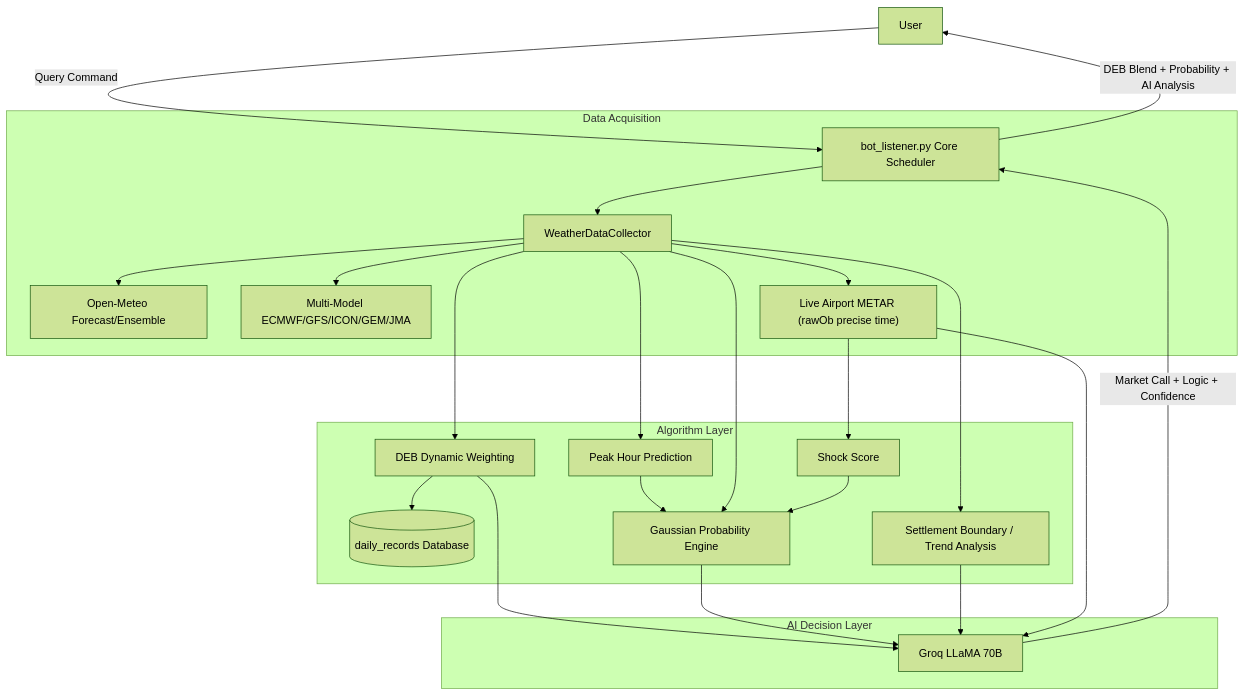
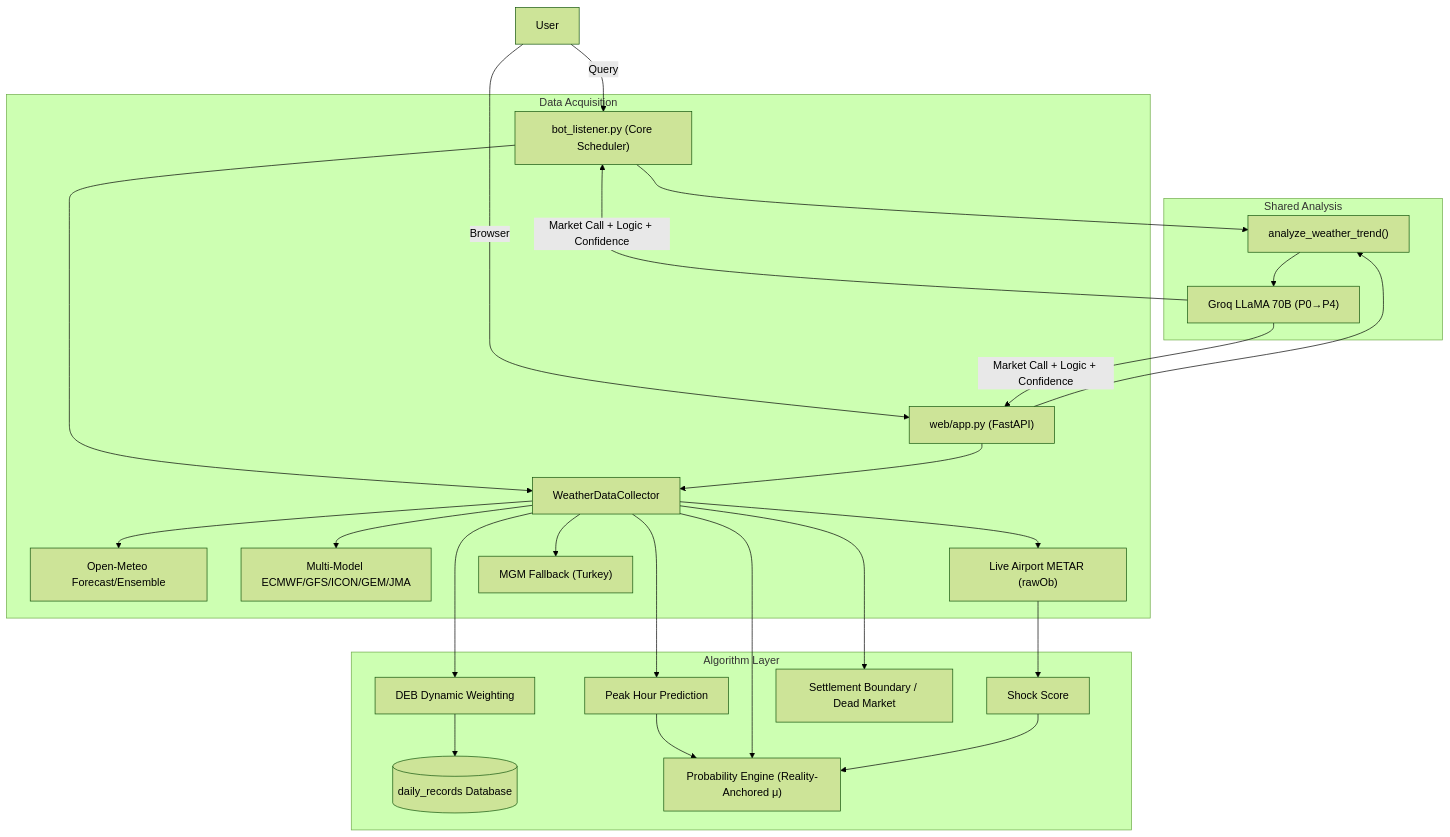
One commit to ivanmladek/PolyWeather changed the diagram in README.md. Above: the diagram before and after it, drawn with Mermaid (forest theme). The commit also changed other lines of this file and 1 other file, not shown here.

Commit message:
docs: full README rewrite reflecting current architecture and capabilities

````diff
--- a/README.md
+++ b/README.md
@@ -149,32 +152,34 @@
 ```mermaid
 graph TD
-    User[User] -->|Query Command| Bot[bot_listener.py Core Scheduler]
+    User[User] -->|Query| Bot["bot_listener.py (Core Scheduler)"]
+    User -->|Browser| Web["web/app.py (FastAPI)"]
 
     subgraph Data Acquisition
         Bot --> Collector[WeatherDataCollector]
+        Web --> Collector
         Collector --> OM[Open-Meteo Forecast/Ensemble]
         Collector --> MM[Multi-Model ECMWF/GFS/ICON/GEM/JMA]
-        Collector --> METAR["Live Airport METAR (rawOb precise time)"]
+        Collector --> METAR["Live Airport METAR (rawOb)"]
+        Collector --> MGM["MGM Fallback (Turkey)"]
     end
 
     subgraph Algorithm Layer
         Collector --> Peak[Peak Hour Prediction]
         Collector --> DEB[DEB Dynamic Weighting]
         DEB --> DB[(daily_records Database)]
-        Peak --> Prob[Gaussian Probability Engine]
+        Peak --> Prob["Probability Engine (Reality-Anchored μ)"]
         Collector --> Prob
         METAR --> Shock[Shock Score]
         Shock --> Prob
-        Collector --> Logic[Settlement Boundary / Trend Analysis]
+        Collector --> Logic["Settlement Boundary / Dead Market"]
     end
 
-    subgraph AI Decision Layer
-        DEB --> AI[Groq LLaMA 70B]
-        Prob --> AI
-        Logic --> AI
-        METAR --> AI
+    subgraph Shared Analysis
+        Bot --> ATF["analyze_weather_trend()"]
+        Web --> ATF
+        ATF --> AI["Groq LLaMA 70B (P0→P4)"]
     end
 
     AI -->|Market Call + Logic + Confidence| Bot
-    Bot -->|DEB Blend + Probability + AI Analysis| User
+    AI -->|Market Call + Logic + Confidence| Web
 ```
````
